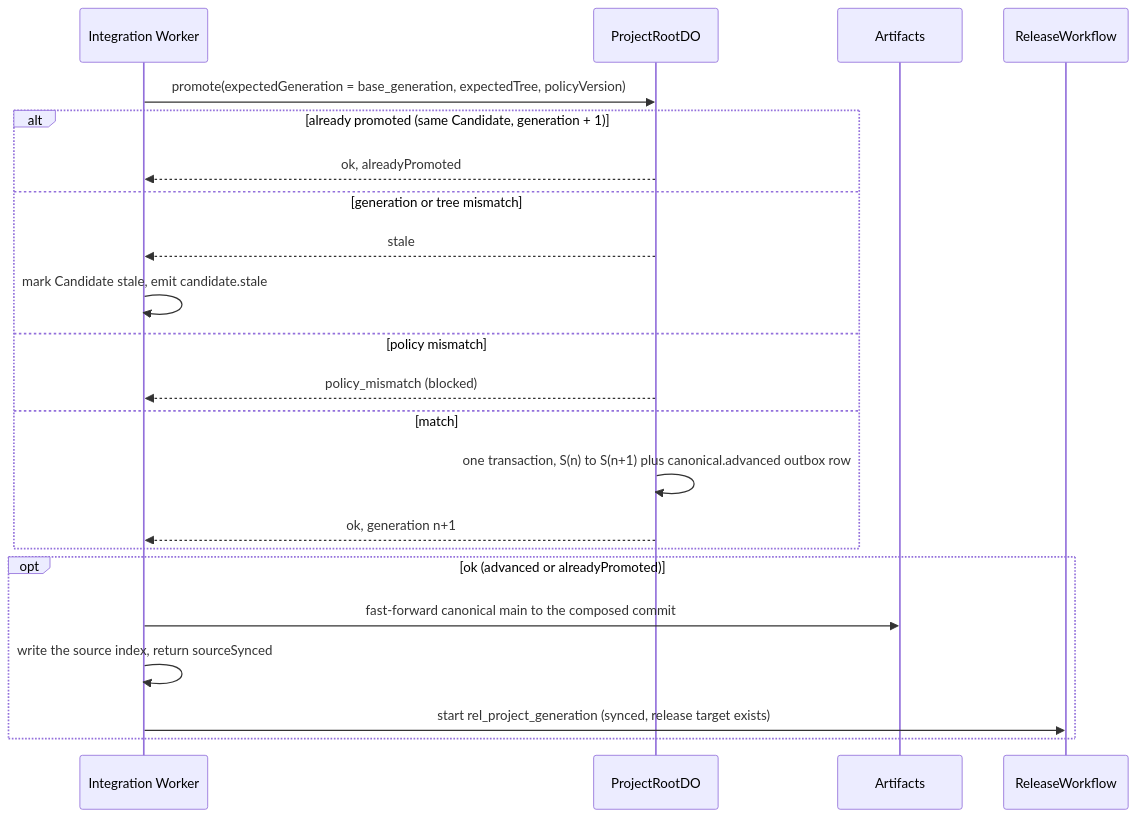
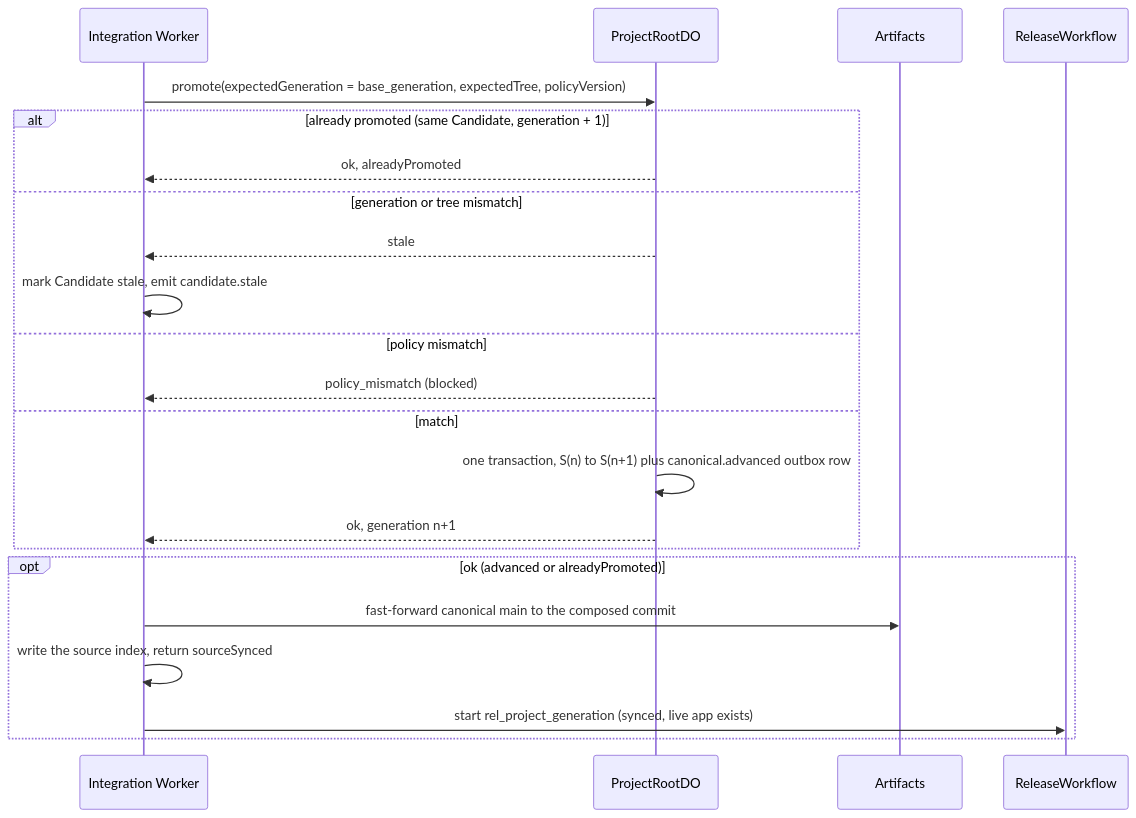
One commit to nsudhanva/rhumbatron changed the second of 2 diagrams in docs/adr/0013-promotion-preconditions.md. Above: the diagram before and after it, drawn with Mermaid. The commit also changed other lines of this file and 16 other files, not shown here.

Commit message:
docs(docs): state live app as the only release path and delete adr 0018

````diff
--- a/docs/adr/0013-promotion-preconditions.md
+++ b/docs/adr/0013-promotion-preconditions.md
@@ -118,24 +118,24 @@
 ```mermaid
 sequenceDiagram
   participant I as Integration Worker
   participant P as ProjectRootDO
   participant A as Artifacts
   participant W as ReleaseWorkflow
   I->>P: promote(expectedGeneration = base_generation, expectedTree, policyVersion)
   alt already promoted (same Candidate, generation + 1)
     P-->>I: ok, alreadyPromoted
   else generation or tree mismatch
     P-->>I: stale
     I->>I: mark Candidate stale, emit candidate.stale
   else policy mismatch
     P-->>I: policy_mismatch (blocked)
   else match
     P->>P: one transaction, S(n) to S(n+1) plus canonical.advanced outbox row
     P-->>I: ok, generation n+1
   end
   opt ok (advanced or alreadyPromoted)
     I->>A: fast-forward canonical main to the composed commit
     I->>I: write the source index, return sourceSynced
-    I->>W: start rel_project_generation (synced, release target exists)
+    I->>W: start rel_project_generation (synced, live app exists)
   end
 ```
````
